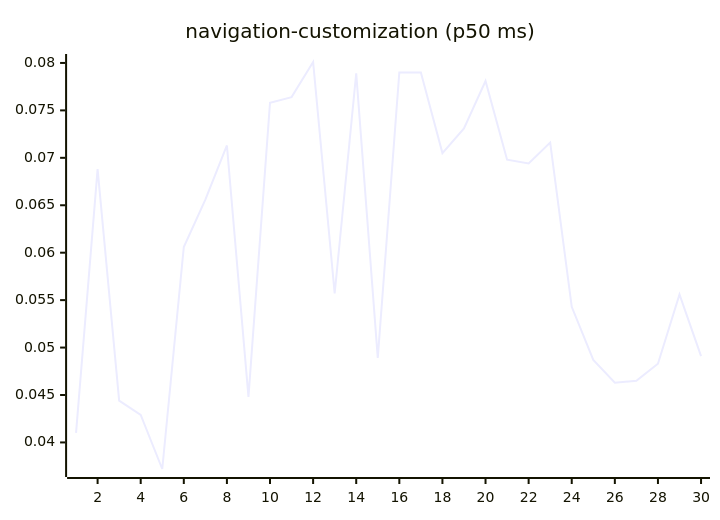
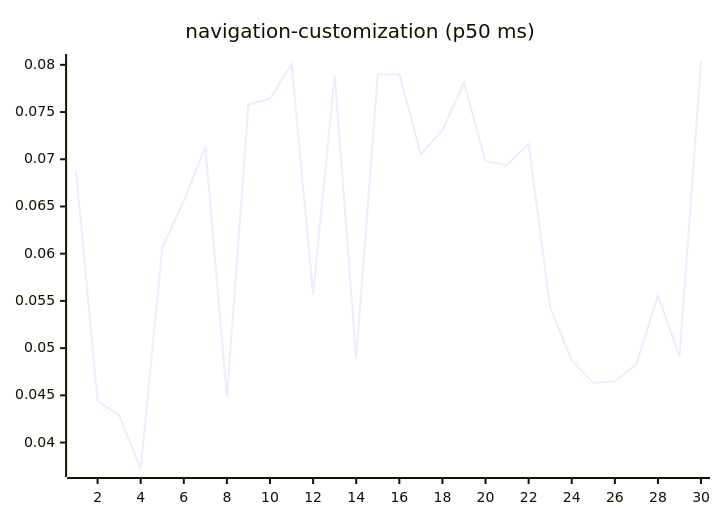
Before and after one commit to josha/Facet: diagram 15 of 27 in README.md, drawn with Mermaid. The commit also changed other lines of this file and 2 other files, not shown here.

````diff
--- a/README.md
+++ b/README.md
@@ -161,6 +161,6 @@
 ```mermaid
 xychart-beta
     title "navigation-customization (p50 ms)"
     x-axis 1 --> 30
-    line [0.0410, 0.0688, 0.0444, 0.0429, 0.0372, 0.0606, 0.0656, 0.0713, 0.0448, 0.0758, 0.0764, 0.0801, 0.0557, 0.0789, 0.0489, 0.0790, 0.0790, 0.0705, 0.0731, 0.0781, 0.0698, 0.0694, 0.0716, 0.0543, 0.0487, 0.0463, 0.0465, 0.0483, 0.0556, 0.0491]
+    line [0.0688, 0.0444, 0.0429, 0.0372, 0.0606, 0.0656, 0.0713, 0.0448, 0.0758, 0.0764, 0.0801, 0.0557, 0.0789, 0.0489, 0.0790, 0.0790, 0.0705, 0.0731, 0.0781, 0.0698, 0.0694, 0.0716, 0.0543, 0.0487, 0.0463, 0.0465, 0.0483, 0.0556, 0.0491, 0.0803]
 ```
````
